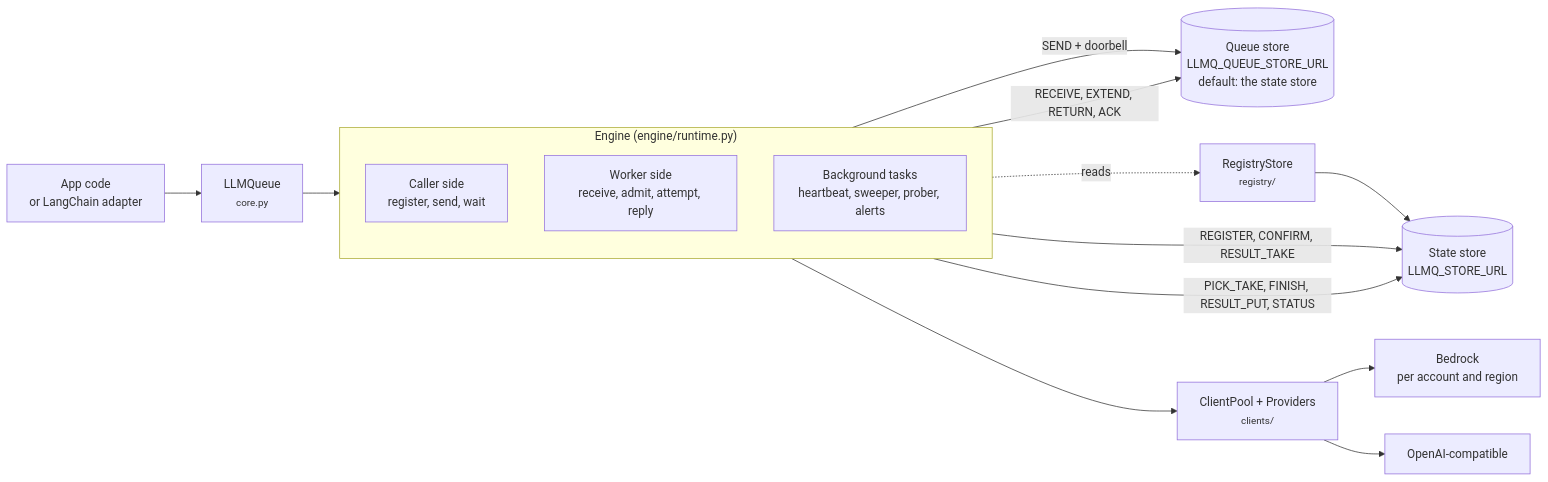
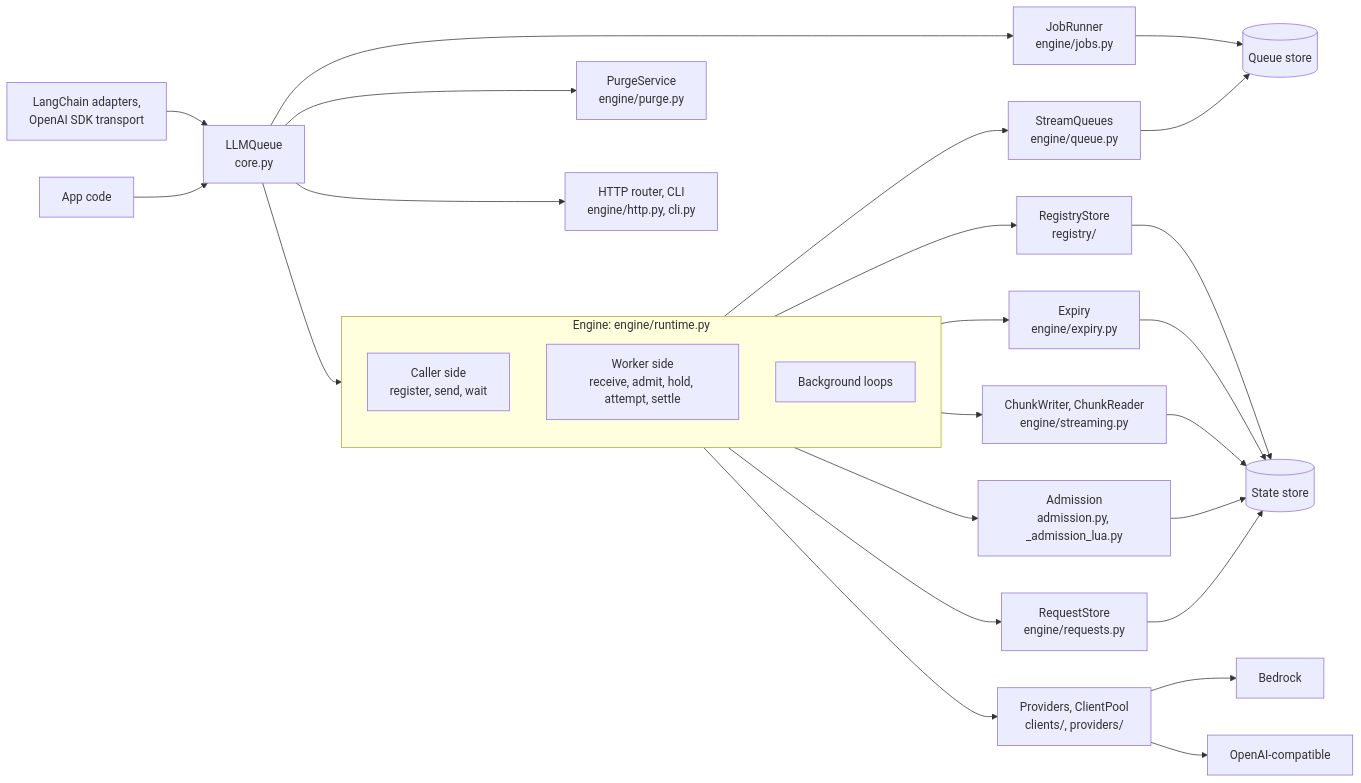
Before and after one commit to techiewonk/llm-queue: the second of 2 diagrams in docs/explanation/architecture.md, drawn with Mermaid. The commit also changed other lines of this file and 1 other file, not shown here.

First line of the commit message:
Rewrite the architecture page in depth for 0.1.1

````diff
--- a/docs/explanation/architecture.md
+++ b/docs/explanation/architecture.md
@@ -55,20 +115,26 @@
 ```mermaid
 flowchart LR
-  APP["App code<br/>or LangChain adapter"] --> FD["LLMQueue<br/><small>core.py</small>"]
-  FD --> ENG
-  subgraph ENG["Engine (engine/runtime.py)"]
+  APP["App code"] --> FD
+  LC["LangChain adapters,<br/>OpenAI SDK transport"] --> FD
+  FD["LLMQueue<br/>core.py"] --> ENG
+  FD --> JOBS["JobRunner<br/>engine/jobs.py"]
+  FD --> PURGE["PurgeService<br/>engine/purge.py"]
+  FD --> HTTP["HTTP router, CLI<br/>engine/http.py, cli.py"]
+  subgraph ENG["Engine: engine/runtime.py"]
     direction TB
     C["Caller side<br/>register, send, wait"]
-    W["Worker side<br/>receive, admit, attempt, reply"]
-    BG["Background tasks<br/>heartbeat, sweeper, prober, alerts"]
+    W["Worker side<br/>receive, admit, hold, attempt, settle"]
+    BG["Background loops"]
   end
-  C -->|"REGISTER, CONFIRM, RESULT_TAKE"| SS[("State store<br/>LLMQ_STORE_URL")]
-  W -->|"PICK_TAKE, FINISH, RESULT_PUT, STATUS"| SS
-  C -->|"SEND + doorbell"| QS[("Queue store<br/>LLMQ_QUEUE_STORE_URL<br/>default: the state store")]
-  W -->|"RECEIVE, EXTEND, RETURN, ACK"| QS
-  W --> POOL["ClientPool + Providers<br/><small>clients/</small>"]
-  POOL --> BR["Bedrock<br/>per account and region"]
-  POOL --> OA["OpenAI-compatible"]
-  REG["RegistryStore<br/><small>registry/</small>"] --> SS
-  ENG -.reads.-> REG
+  ENG --> RS["RequestStore<br/>engine/requests.py"]
+  ENG --> AD["Admission<br/>admission.py, _admission_lua.py"]
+  ENG --> SQ["StreamQueues<br/>engine/queue.py"]
+  ENG --> CH["ChunkWriter, ChunkReader<br/>engine/streaming.py"]
+  ENG --> EX["Expiry<br/>engine/expiry.py"]
+  ENG --> REG["RegistryStore<br/>registry/"]
+  ENG --> PR["Providers, ClientPool<br/>clients/, providers/"]
+  RS & AD & CH & EX & REG --> SS[("State store")]
+  SQ & JOBS --> QS[("Queue store")]
+  PR --> BR["Bedrock"]
+  PR --> OA["OpenAI-compatible"]
 ```
````
